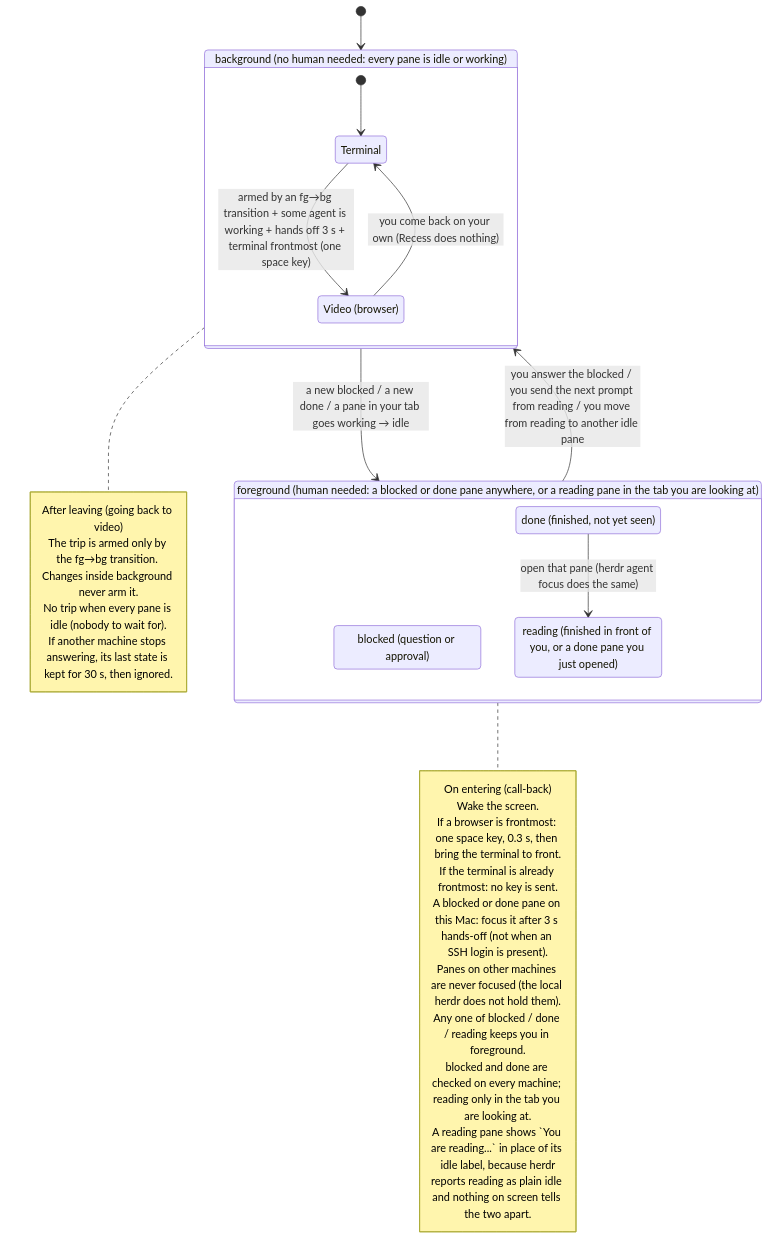
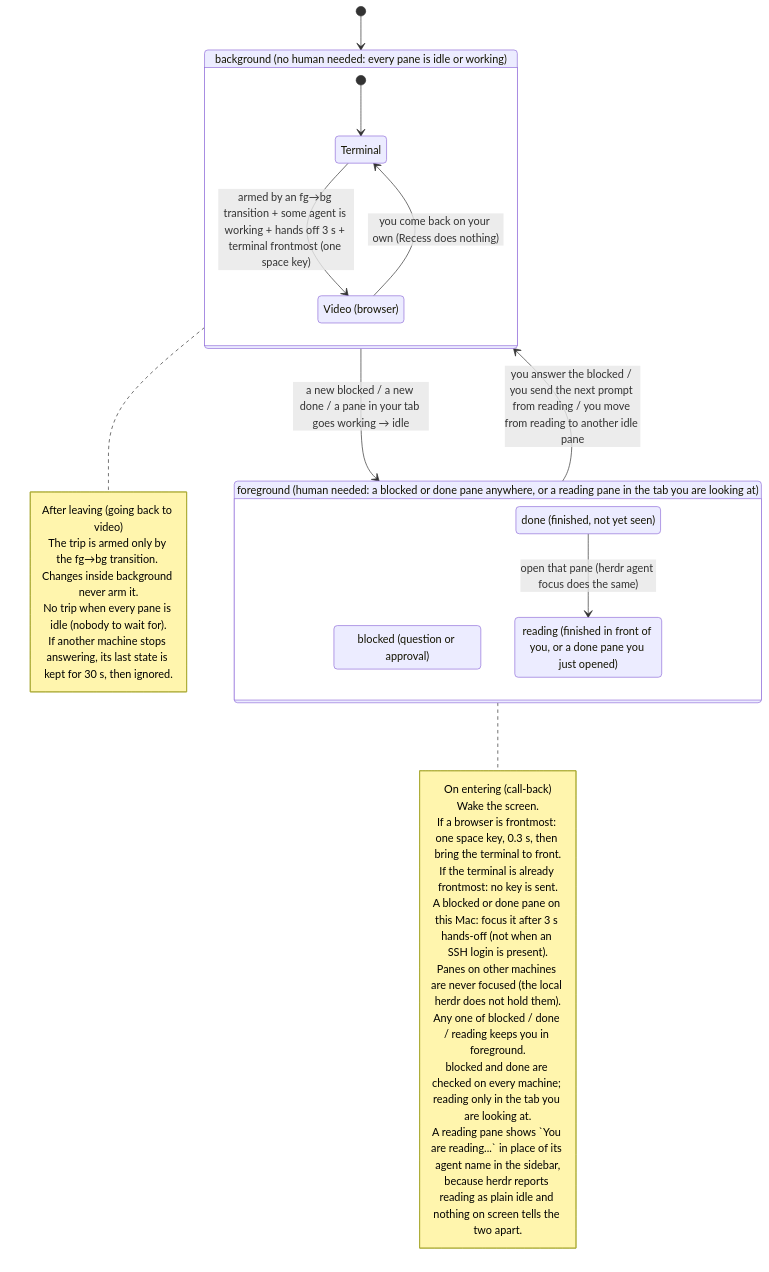
Before and after one commit to tatsuro-ueda/recess: the first of 2 diagrams in docs/spec.md, drawn with Mermaid. The commit also changed other lines of this file and 1 other file, not shown here.

First line of the commit message:
fix: 読み中だと画面で分かるようにしたい（state_label ではなくエージェント名を差し替える）

````diff
--- a/docs/spec.md
+++ b/docs/spec.md
@@ -11,43 +11,43 @@
 ```mermaid
 stateDiagram-v2
     direction TB
 
     state "background (no human needed: every pane is idle or working)" as bg {
         state "Terminal" as term
         state "Video (browser)" as nf
         [*] --> term
         term --> nf : armed by an fg→bg transition + some agent is working + hands off 3 s + terminal frontmost (one space key)
         nf --> term : you come back on your own (Recess does nothing)
     }
 
     state "foreground (human needed: a blocked or done pane anywhere, or a reading pane in the tab you are looking at)" as fg {
         state "blocked (question or approval)" as blocked
         state "done (finished, not yet seen)" as done
         state "reading (finished in front of you, or a done pane you just opened)" as reading
         done --> reading : open that pane (herdr agent focus does the same)
     }
 
     [*] --> bg
     bg --> fg : a new blocked / a new done / a pane in your tab goes working → idle
     fg --> bg : you answer the blocked / you send the next prompt from reading / you move from reading to another idle pane
 
     note right of fg
         On entering (call-back)
         Wake the screen.
         If a browser is frontmost: one space key, 0.3 s, then bring the terminal to front.
         If the terminal is already frontmost: no key is sent.
         A blocked or done pane on this Mac: focus it after 3 s hands-off (not when an SSH login is present).
         Panes on other machines are never focused (the local herdr does not hold them).
         Any one of blocked / done / reading keeps you in foreground.
         blocked and done are checked on every machine; reading only in the tab you are looking at.
-        A reading pane shows `You are reading...` in place of its idle label, because herdr
-        reports reading as plain idle and nothing on screen tells the two apart.
+        A reading pane shows `You are reading...` in place of its agent name in the sidebar,
+        because herdr reports reading as plain idle and nothing on screen tells the two apart.
     end note
 
     note right of bg
         After leaving (going back to video)
         The trip is armed only by the fg→bg transition. Changes inside background never arm it.
         No trip when every pane is idle (nobody to wait for).
         If another machine stops answering, its last state is kept for 30 s, then ignored.
     end note
 ```
````
